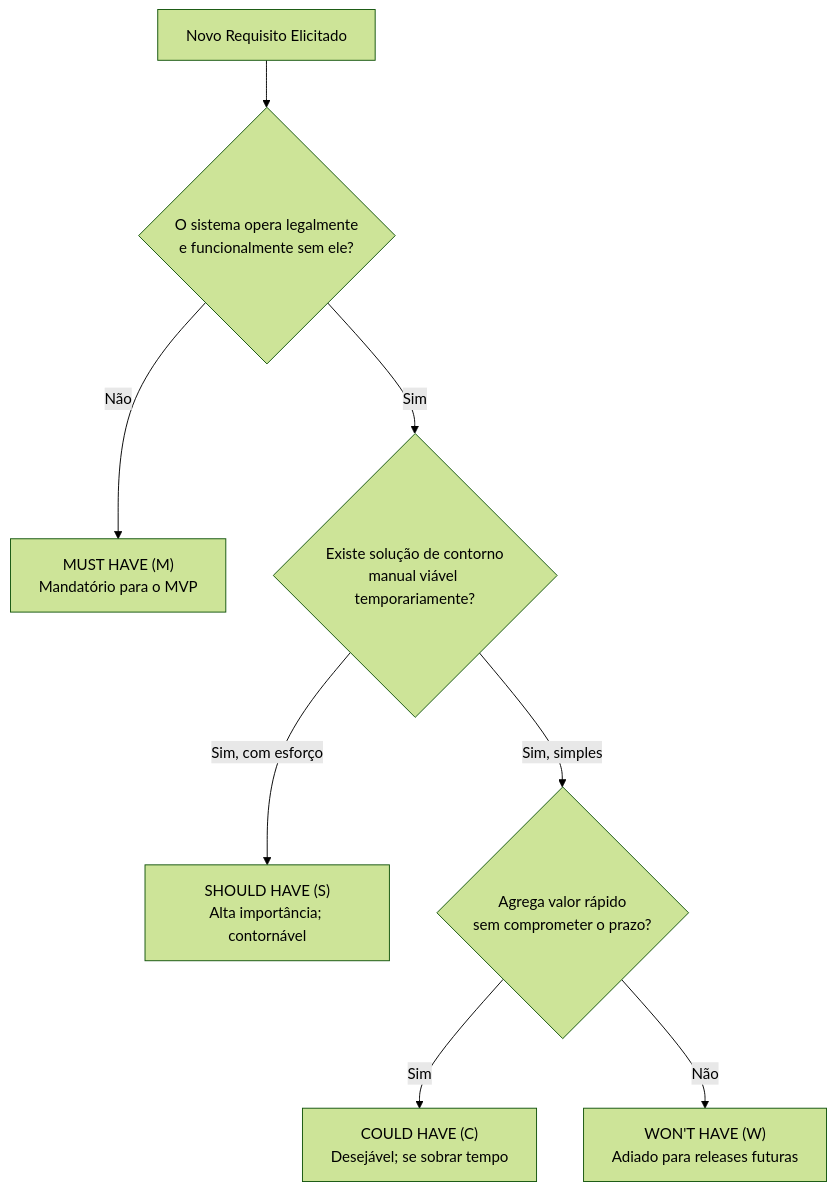
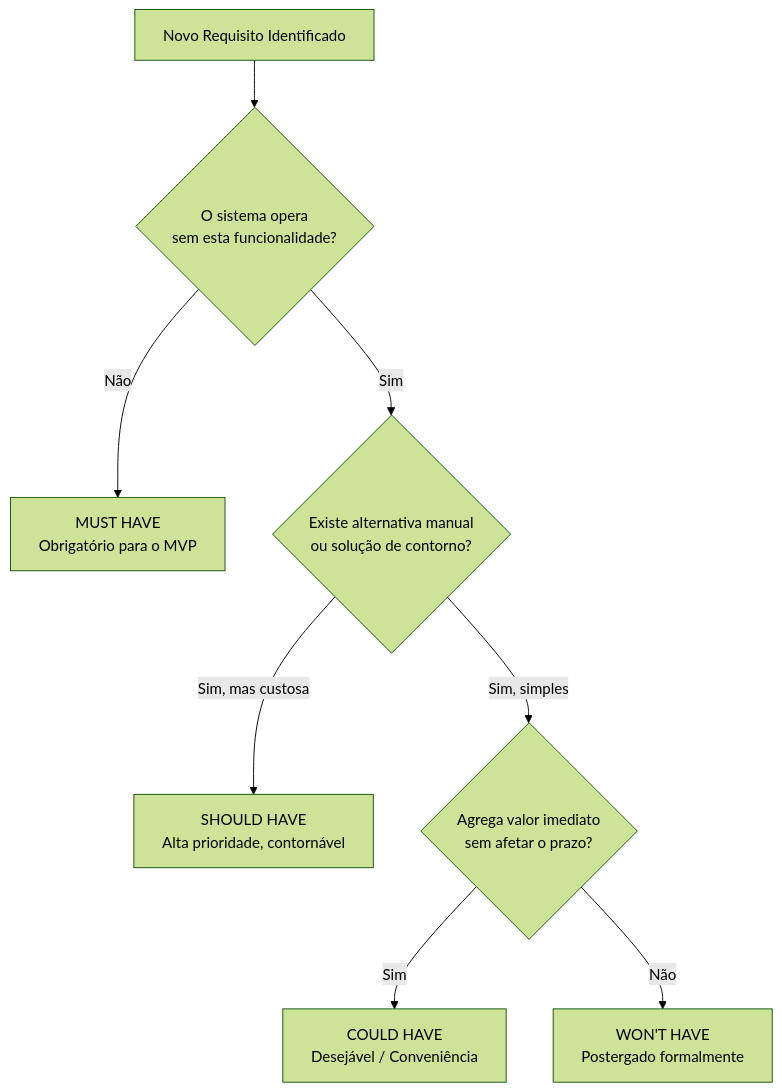
The seventh of 24 diagrams in 4º Semestre/[Prof. Wesley Soares] Engenharia de Software II/Resumos-IA/Simulados-Comentados.md (murilolol/unifef), drawn with Mermaid (forest theme) before and after one commit. The commit also changed other lines of this file and 58 other files, not shown here.

````diff
--- a/4º Semestre/[Prof. Wesley Soares] Engenharia de Software II/Resumos-IA/Simulados-Comentados.md
+++ b/4º Semestre/[Prof. Wesley Soares] Engenharia de Software II/Resumos-IA/Simulados-Comentados.md
@@ -557,10 +257,10 @@
 ```mermaid
 flowchart TD
-    Req["Novo Requisito Elicitado"] --> Q1{"O sistema opera legalmente<br/>e funcionalmente sem ele?"}
-    Q1 -- "Não" --> M["MUST HAVE (M)<br/>Mandatório para o MVP"]
-    Q1 -- "Sim" --> Q2{"Existe solução de contorno<br/>manual viável temporariamente?"}
-    Q2 -- "Sim, com esforço" --> S["SHOULD HAVE (S)<br/>Alta importância; contornável"]
-    Q2 -- "Sim, simples" --> Q3{"Agrega valor rápido<br/>sem comprometer o prazo?"}
-    Q3 -- "Sim" --> C["COULD HAVE (C)<br/>Desejável; se sobrar tempo"]
-    Q3 -- "Não" --> W["WON'T HAVE (W)<br/>Adiado para releases futuras"]
+    Req["Novo Requisito Identificado"] --> Vital{"O sistema opera<br/>sem esta funcionalidade?"}
+    Vital -- "Não" --> M["MUST HAVE<br/>Obrigatório para o MVP"]
+    Vital -- "Sim" --> Contorno{"Existe alternativa manual<br/>ou solução de contorno?"}
+    Contorno -- "Sim, mas custosa" --> S["SHOULD HAVE<br/>Alta prioridade, contornável"]
+    Contorno -- "Sim, simples" --> Valor{"Agrega valor imediato<br/>sem afetar o prazo?"}
+    Valor -- "Sim" --> C["COULD HAVE<br/>Desejável / Conveniência"]
+    Valor -- "Não" --> W["WON'T HAVE<br/>Postergado formalmente"]
 ```
````
